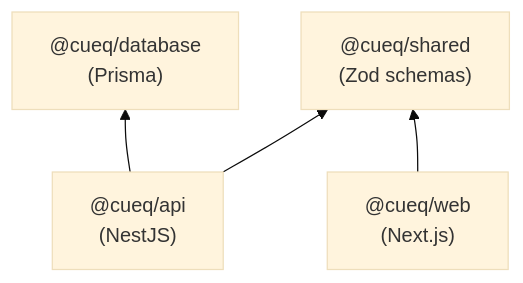
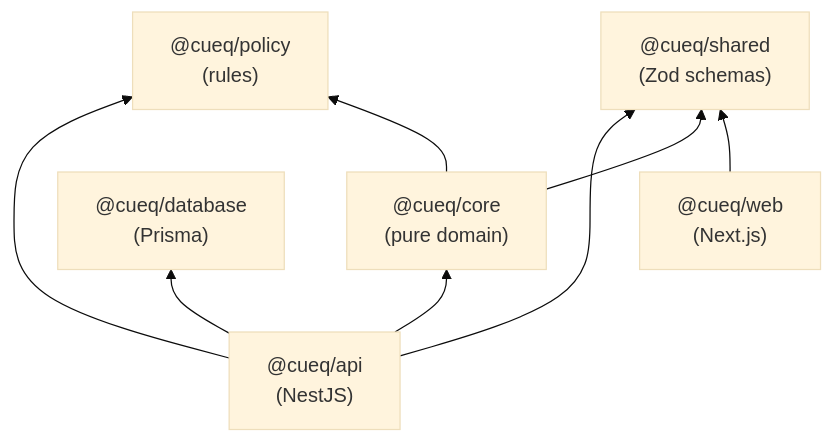
One commit to sebastianspicker/cueq changed the fifth of 6 diagrams in README.md. Above: the diagram before and after it, drawn with Mermaid (base theme). The commit also changed other lines of this file and 52 other files, not shown here.

````diff
--- a/README.md
+++ b/README.md
@@ -163,11 +169,17 @@
 ```mermaid
 graph BT
+    CORE["@cueq/core<br/>(pure domain)"]
     DB["@cueq/database<br/>(Prisma)"]
+    POL["@cueq/policy<br/>(rules)"]
     SH["@cueq/shared<br/>(Zod schemas)"]
     API["@cueq/api<br/>(NestJS)"]
     WEB["@cueq/web<br/>(Next.js)"]
 
+    API --> CORE
     API --> DB
+    API --> POL
     API --> SH
+    CORE --> POL
+    CORE --> SH
     WEB --> SH
 ```
````
